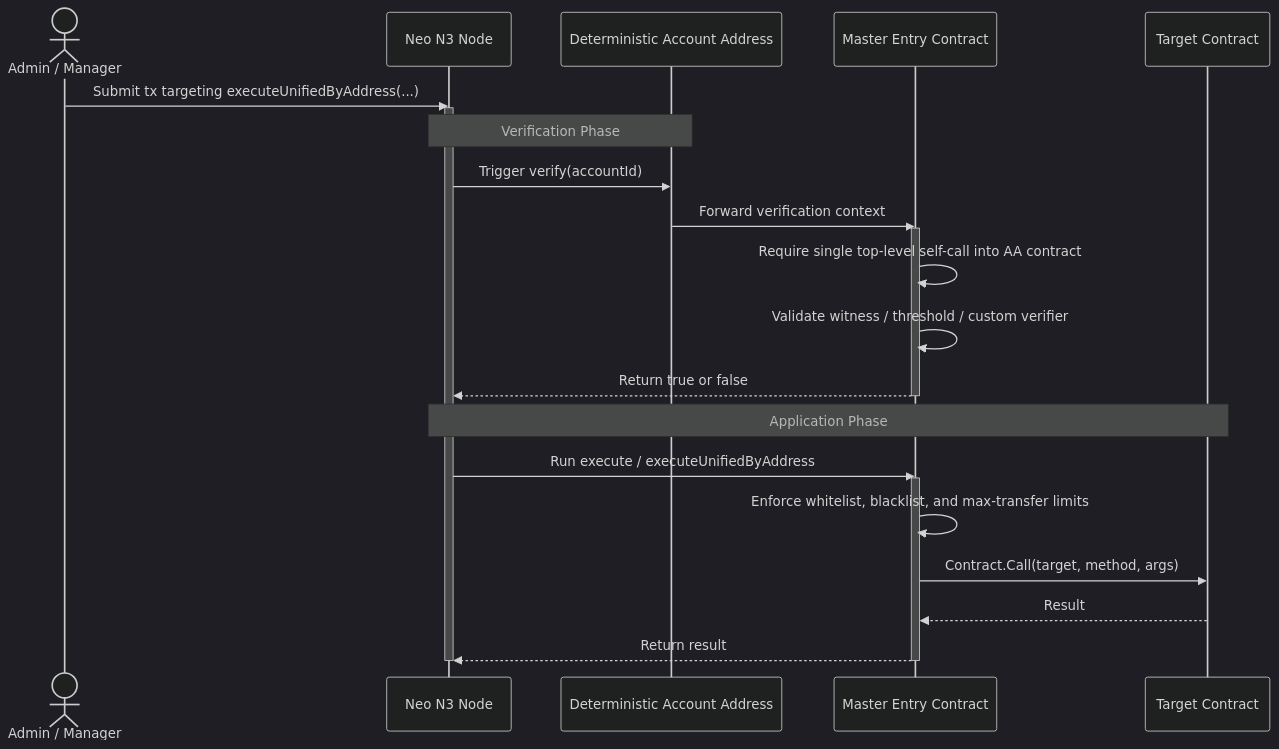
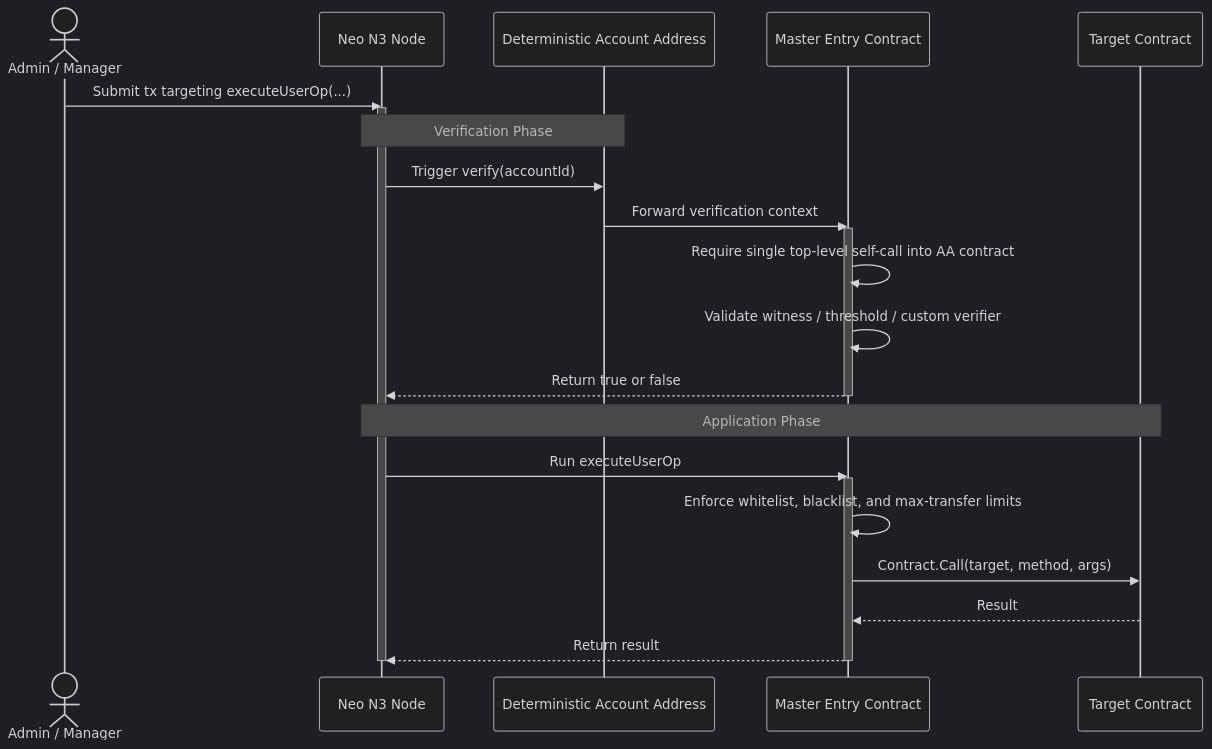
Before and after one commit to RustForNeo/neo-os-aa: the third of 4 diagrams in docs/WORKFLOWS.md, drawn with Mermaid (dark theme). The commit also changed other lines of this file and 7 other files, not shown here.

Commit message:
docs(aa): replace the removed wrapper calls with executeUserOp

````diff
--- a/docs/WORKFLOWS.md
+++ b/docs/WORKFLOWS.md
@@ -79,30 +79,30 @@
 ```mermaid
 sequenceDiagram
     actor Signer as Admin / Manager
     participant Node as Neo N3 Node
     participant Proxy as Deterministic Account Address
     participant Master as Master Entry Contract
     participant Target as Target Contract
 
-    Signer->>Node: Submit tx targeting executeUnifiedByAddress(...)
+    Signer->>Node: Submit tx targeting executeUserOp(...)
     activate Node
 
     Note over Node,Proxy: Verification Phase
     Node->>Proxy: Trigger verify(accountId)
     Proxy->>Master: Forward verification context
     activate Master
     Master->>Master: Require single top-level self-call into AA contract
     Master->>Master: Validate witness / threshold / custom verifier
     Master-->>Node: Return true or false
     deactivate Master
 
     Note over Node,Target: Application Phase
-    Node->>Master: Run execute / executeUnifiedByAddress
+    Node->>Master: Run executeUserOp
     activate Master
     Master->>Master: Enforce whitelist, blacklist, and max-transfer limits
     Master->>Target: Contract.Call(target, method, args)
     Target-->>Master: Result
     Master-->>Node: Return result
     deactivate Master
     deactivate Node
 ```
````
